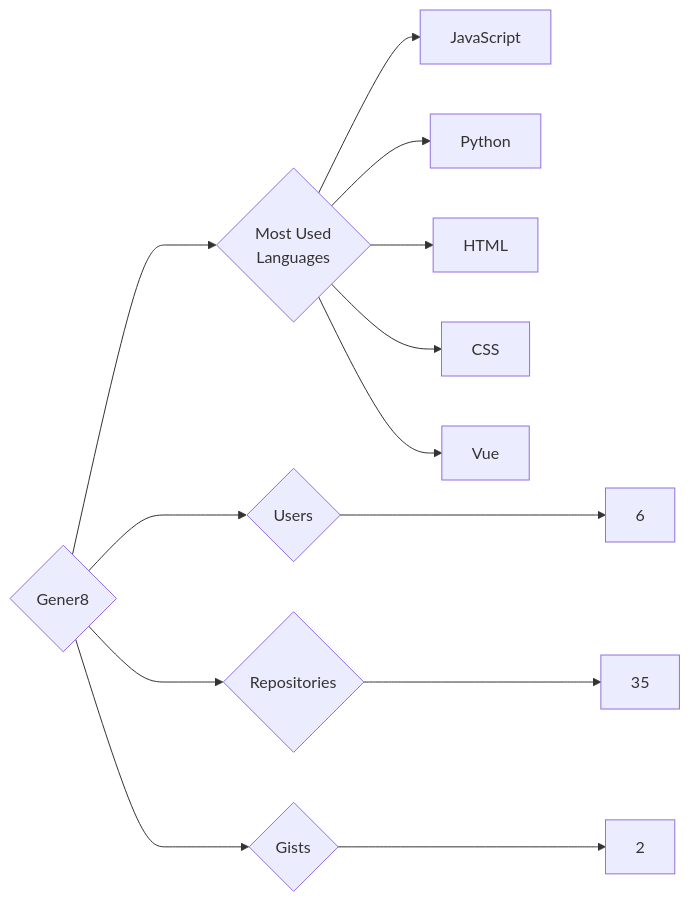
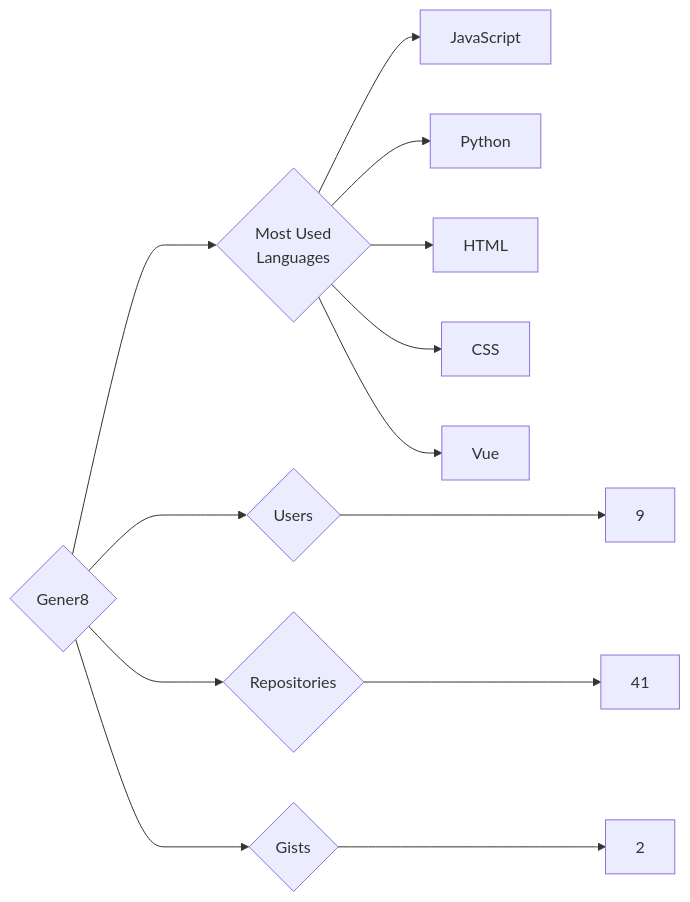
One commit to trickest/insiders changed the diagram in targets/Gener8/README.md. Above: the diagram before and after it, drawn with Mermaid. The commit also changed 611 other files, not shown here.

````diff
--- a/targets/Gener8/README.md
+++ b/targets/Gener8/README.md
@@ -3,13 +3,13 @@
 ```mermaid
 graph LR
 COMPANY_NAME{Gener8}
-COMPANY_NAME ---> U{Users} ---> UN[6]
-COMPANY_NAME ---> R{Repositories} ---> RN[35]
+COMPANY_NAME ---> U{Users} ---> UN[9]
+COMPANY_NAME ---> R{Repositories} ---> RN[41]
 COMPANY_NAME ---> G{Gists} ---> GN[2]
 COMPANY_NAME ---> ML{Most Used<br>Languages}
 ML --> JavaScript[JavaScript]
 ML --> Python[Python]
 ML --> HTML[HTML]
 ML --> CSS[CSS]
 ML --> Vue[Vue]
 ```
````
